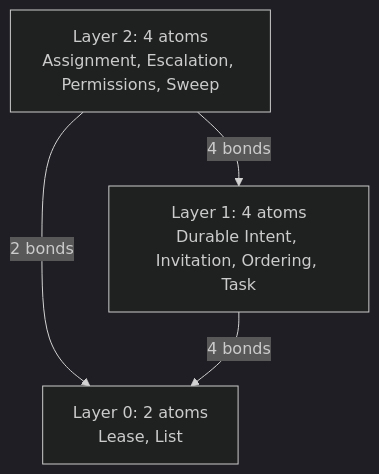
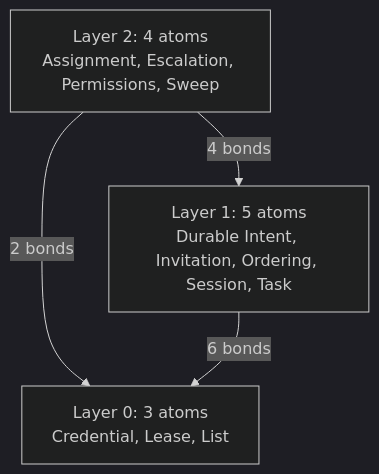
Before and after one commit to scottromack/grace-commons: the first of 6 diagrams in library/graph.md, drawn with Mermaid. The commit also changed other lines of this file and 15 other files, not shown here.

````diff
--- a/library/graph.md
+++ b/library/graph.md
@@ -22,10 +22,10 @@
 ```mermaid
 %%{init: {"theme": "dark", "flowchart": {"htmlLabels": true}} }%%
 flowchart TB
   layer2["Layer 2: 4 atoms<br/>Assignment, Escalation, Permissions, Sweep"]
-  layer1["Layer 1: 4 atoms<br/>Durable Intent, Invitation, Ordering, Task"]
-  layer0["Layer 0: 2 atoms<br/>Lease, List"]
+  layer1["Layer 1: 5 atoms<br/>Durable Intent, Invitation, Ordering, Session, Task"]
+  layer0["Layer 0: 3 atoms<br/>Credential, Lease, List"]
   layer2 -->|"4 bonds"| layer1
   layer2 -->|"2 bonds"| layer0
-  layer1 -->|"4 bonds"| layer0
+  layer1 -->|"6 bonds"| layer0
 ```
````
